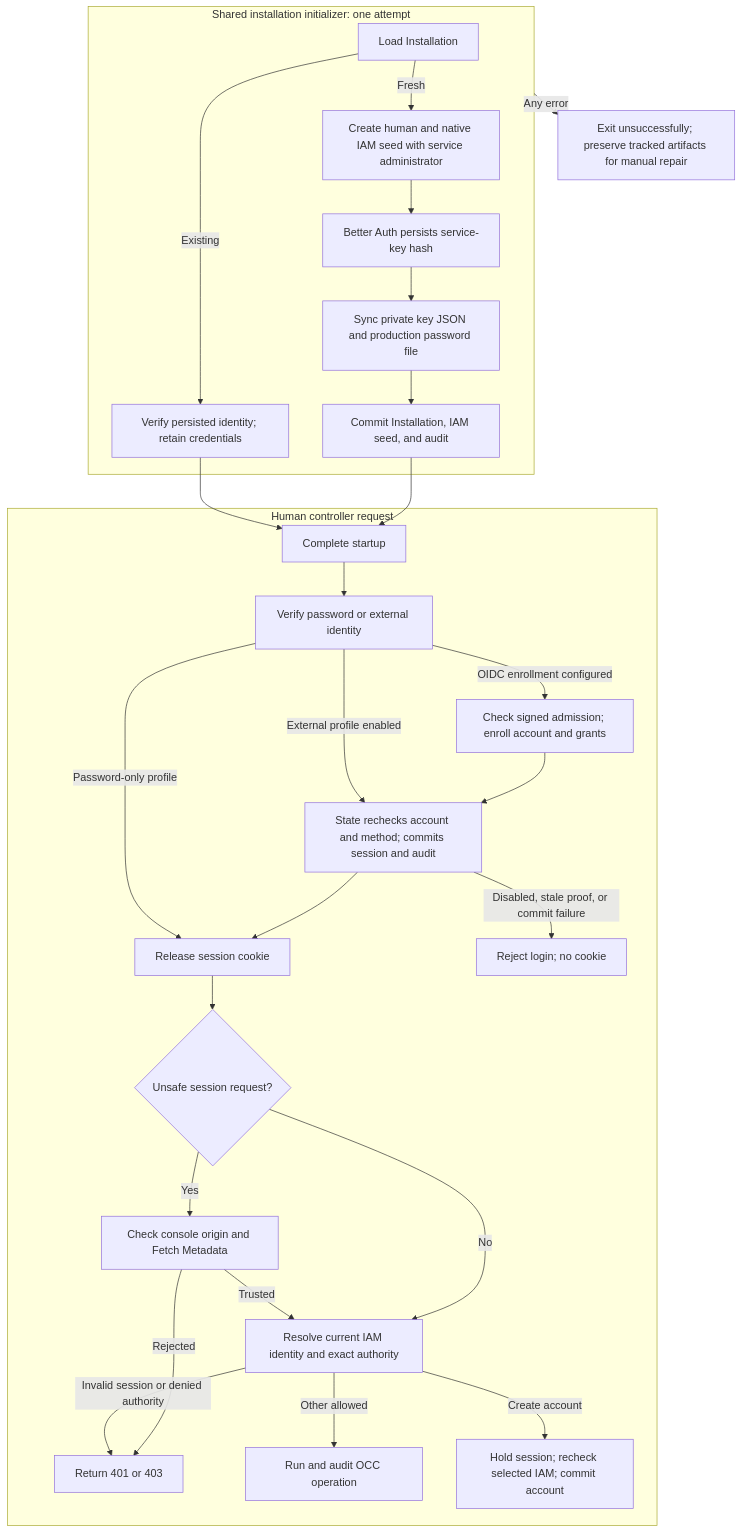
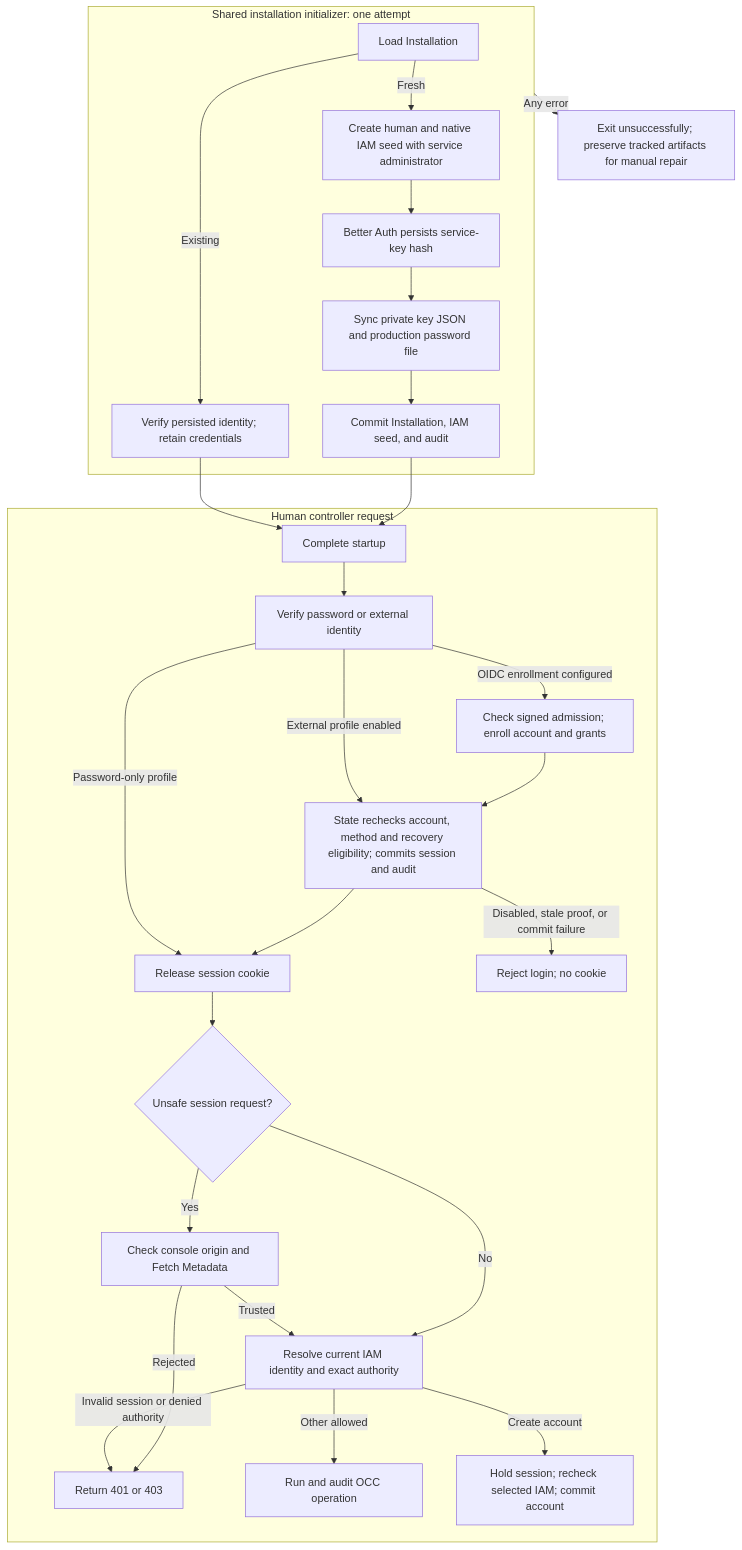
One commit to openclaw/openclaw-enterprise changed the diagram in docs/flows/local-password-authentication.md. Above: the diagram before and after it, drawn with Mermaid. The commit also changed other lines of this file and 11 other files, not shown here.

Commit message:
Fix recovery-only password admission after account replacement

````diff
--- a/docs/flows/local-password-authentication.md
+++ b/docs/flows/local-password-authentication.md
@@ -32,30 +31,30 @@
 ```mermaid
 graph TD
   subgraph Bootstrap["Shared installation initializer: one attempt"]
     A["Load Installation"] -->|Existing| B["Verify persisted identity; retain credentials"]
     A -->|Fresh| C["Create human and native IAM seed with service administrator"]
     C --> D["Better Auth persists service-key hash"]
     D --> E["Sync private key JSON and production password file"]
     E --> F["Commit Installation, IAM seed, and audit"]
   end
   F --> G["Complete startup"]
   B --> G
   Bootstrap -->|Any error| H["Exit unsuccessfully; preserve tracked artifacts for manual repair"]
   subgraph Request["Human controller request"]
     G --> P["Verify password or external identity"]
     P -->|OIDC enrollment configured| T["Check signed admission; enroll account and grants"]
     T --> Q
-    P -->|External profile enabled| Q["State rechecks account and method; commits session and audit"]
+    P -->|External profile enabled| Q["State rechecks account, method and recovery eligibility; commits session and audit"]
     Q --> J["Release session cookie"]
     P -->|Password-only profile| J
     Q -->|Disabled, stale proof, or commit failure| R["Reject login; no cookie"]
     J --> N{"Unsafe session request?"}
     N -->|Yes| O["Check console origin and Fetch Metadata"]
     N -->|No| K["Resolve current IAM identity and exact authority"]
     O -->|Trusted| K
     O -->|Rejected| M
     K -->|Other allowed| L["Run and audit OCC operation"]
     K -->|Create account| U["Hold session; recheck selected IAM; commit account"]
     K -->|Invalid session or denied authority| M["Return 401 or 403"]
   end
 ```
````
